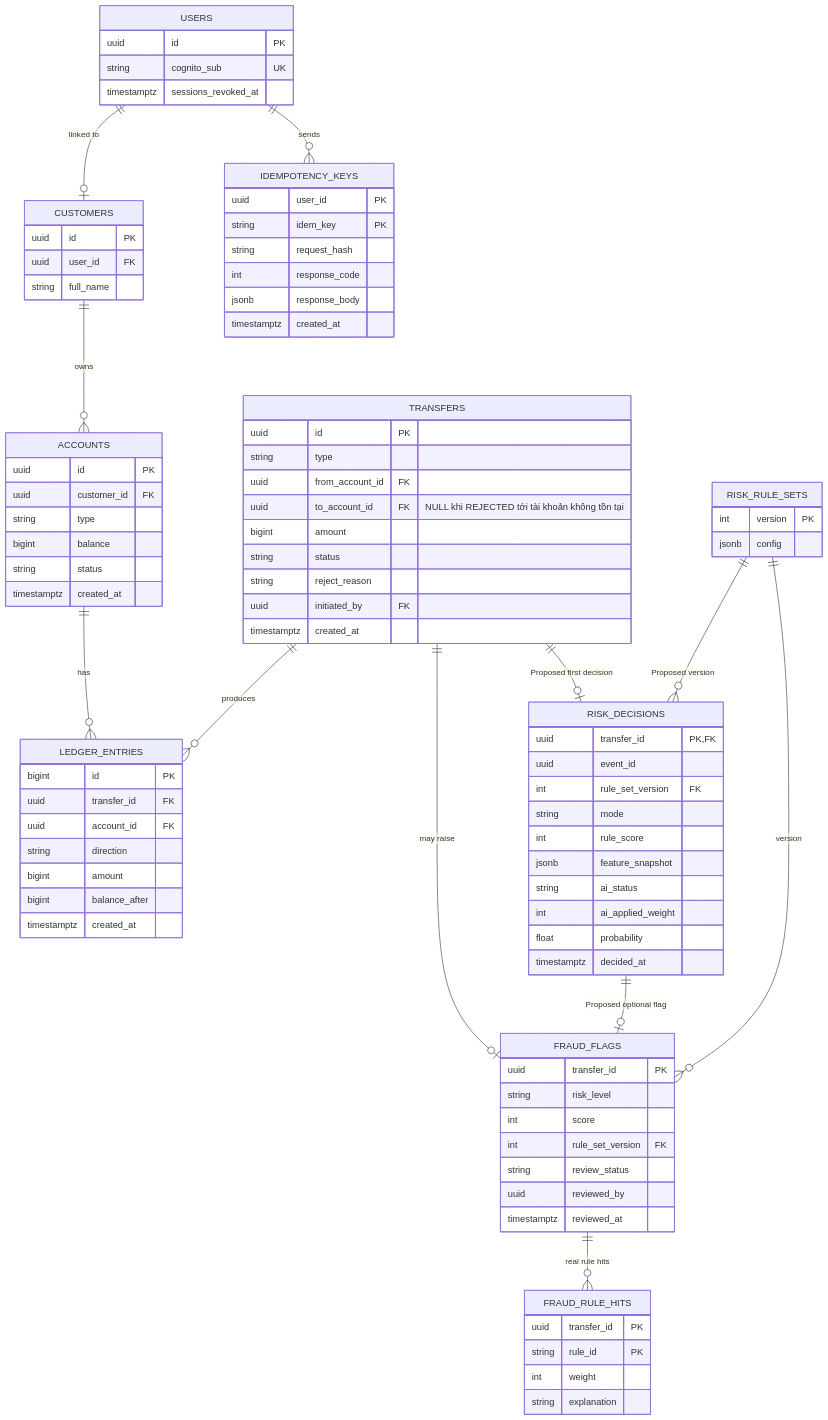
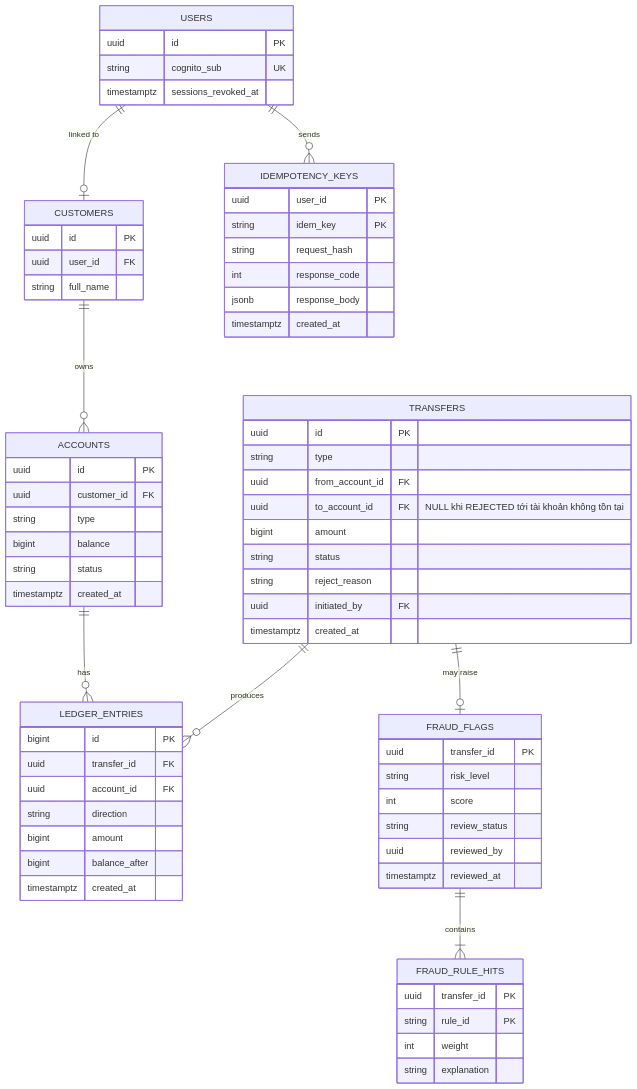
One commit to Lawliet119/digital-banking-simulator changed the tenth of 14 diagrams in docs/03_HIGH_LEVEL_ARCHITECTURE.md. Above: the diagram before and after it, drawn with Mermaid. The commit also changed other lines of this file and 7 other files, not shown here.

````diff
--- a/docs/03_HIGH_LEVEL_ARCHITECTURE.md
+++ b/docs/03_HIGH_LEVEL_ARCHITECTURE.md
@@ -587,76 +557,55 @@
 ```mermaid
 erDiagram
     USERS ||--o| CUSTOMERS : "linked to"
     CUSTOMERS ||--o{ ACCOUNTS : owns
     ACCOUNTS ||--o{ LEDGER_ENTRIES : has
     TRANSFERS ||--o{ LEDGER_ENTRIES : produces
     TRANSFERS ||--o| FRAUD_FLAGS : "may raise"
-    TRANSFERS ||--o| RISK_DECISIONS : "Proposed first decision"
-    RISK_DECISIONS ||--o| FRAUD_FLAGS : "Proposed optional flag"
-    RISK_RULE_SETS ||--o{ RISK_DECISIONS : "Proposed version"
-    RISK_RULE_SETS ||--o{ FRAUD_FLAGS : version
-    FRAUD_FLAGS ||--o{ FRAUD_RULE_HITS : "real rule hits"
+    FRAUD_FLAGS ||--|{ FRAUD_RULE_HITS : contains
     USERS ||--o{ IDEMPOTENCY_KEYS : sends
 
     USERS { uuid id PK
             string cognito_sub UK
             timestamptz sessions_revoked_at }
     CUSTOMERS { uuid id PK
                 uuid user_id FK
                 string full_name }
     ACCOUNTS { uuid id PK
                uuid customer_id FK
                string type
                bigint balance
                string status
                timestamptz created_at }
     TRANSFERS { uuid id PK
                 string type
                 uuid from_account_id FK
                 uuid to_account_id FK "NULL khi REJECTED tới tài khoản không tồn tại"
                 bigint amount
                 string status
                 string reject_reason
                 uuid initiated_by FK
                 timestamptz created_at }
     LEDGER_ENTRIES { bigint id PK
                      uuid transfer_id FK
                      uuid account_id FK
                      string direction
                      bigint amount
                      bigint balance_after
                      timestamptz created_at }
     IDEMPOTENCY_KEYS { uuid user_id PK
                        string idem_key PK
                        string request_hash
                        int response_code
                        jsonb response_body
                        timestamptz created_at }
-    RISK_DECISIONS {
-        uuid transfer_id PK, FK
-        uuid event_id
-        int rule_set_version FK
-        string mode
-        int rule_score
-        jsonb feature_snapshot
-        string ai_status
-        int ai_applied_weight
-        float probability
-        timestamptz decided_at
-    }
-    RISK_RULE_SETS {
-        int version PK
-        jsonb config
-    }
     FRAUD_FLAGS { uuid transfer_id PK
                   string risk_level
                   int score
-                  int rule_set_version FK
                   string review_status
                   uuid reviewed_by
                   timestamptz reviewed_at }
     FRAUD_RULE_HITS { uuid transfer_id PK
                       string rule_id PK
                       int weight
                       string explanation }
 ```
````
